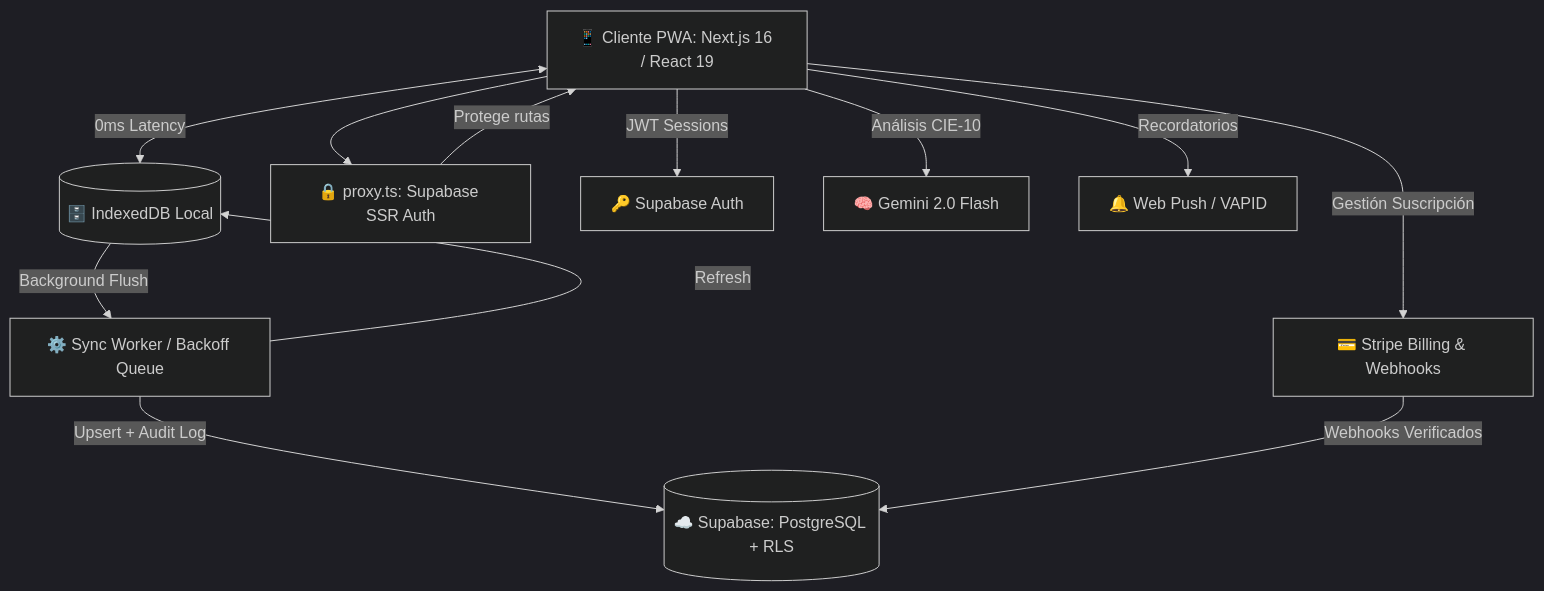
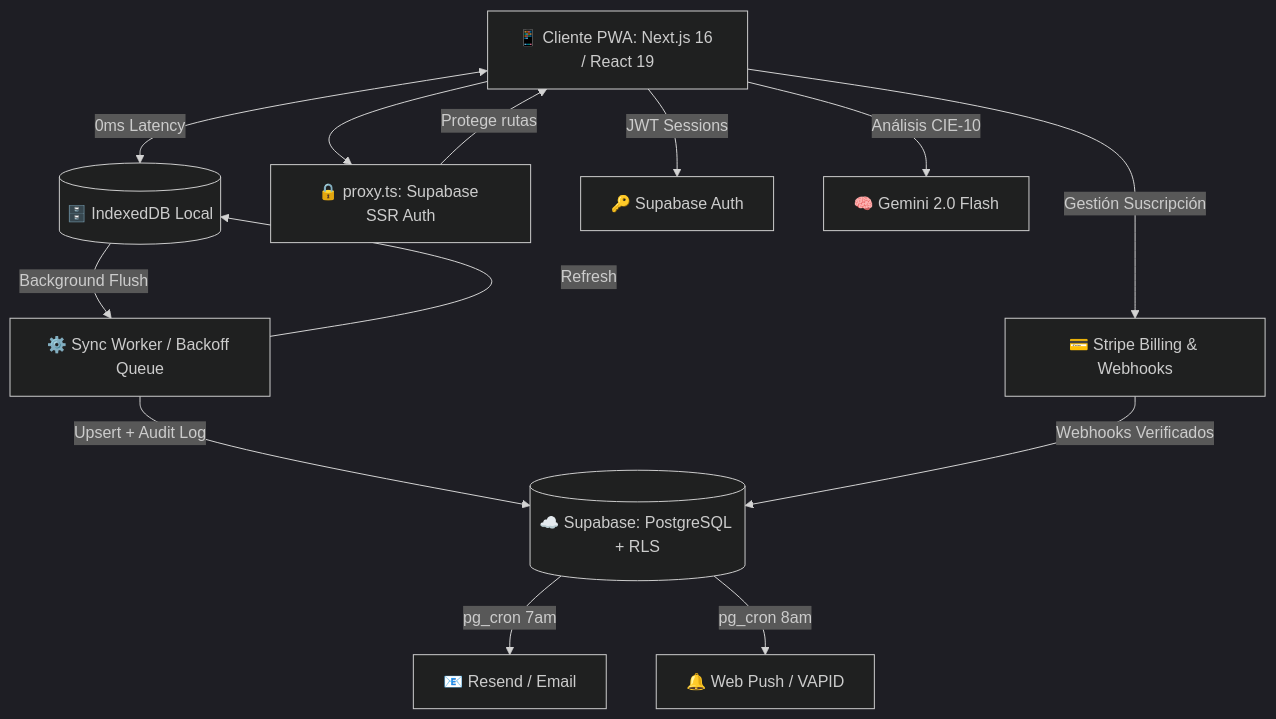
One commit to khryazid/HCE changed the diagram in README.md. Above: the diagram before and after it, drawn with Mermaid (dark theme). The commit also changed other lines of this file, not shown here.

````diff
--- a/README.md
+++ b/README.md
@@ -85,24 +110,26 @@
 ```mermaid
 graph TD
     Client[📱 Cliente PWA: Next.js 16 / React 19]
     IDB[(🗄️ IndexedDB Local)]
     PROXY[🔒 proxy.ts: Supabase SSR Auth]
     SW[⚙️ Sync Worker / Backoff Queue]
     SupabaseDB[(☁️ Supabase: PostgreSQL + RLS)]
     Auth[🔑 Supabase Auth]
     AI[🧠 Gemini 2.0 Flash]
     Stripe[💳 Stripe Billing & Webhooks]
     Push[🔔 Web Push / VAPID]
+    Email[📧 Resend / Email]
 
     Client --> PROXY
     PROXY -->|Protege rutas| Client
     Client <-->|0ms Latency| IDB
     IDB -->|Background Flush| SW
     SW -->|Upsert + Audit Log| SupabaseDB
     SW -->|Refresh| IDB
     Client -->|JWT Sessions| Auth
     Client -->|Análisis CIE-10| AI
     Client -->|Gestión Suscripción| Stripe
     Stripe -->|Webhooks Verificados| SupabaseDB
-    Client -->|Recordatorios| Push
+    SupabaseDB -->|pg_cron 7am| Email
+    SupabaseDB -->|pg_cron 8am| Push
 ```
````
